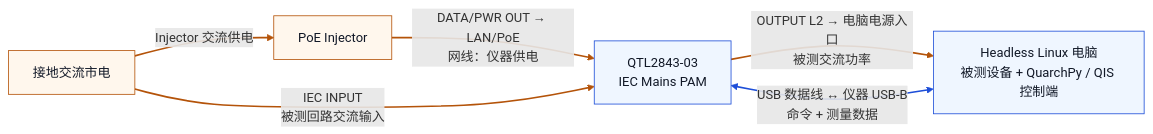
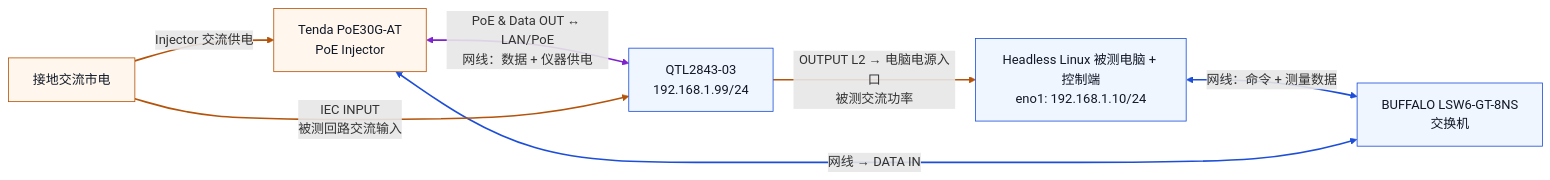
One commit to xueqingfeng07290729-del/Quarch changed the diagram in docs/diagrams/current-wiring.mmd. Above: the diagram before and after it, drawn with Mermaid. The commit also changed 11 other files, not shown here.

Commit message:
docs: document QTL2843 Ethernet setup and recovery alongside USB

```diff
--- a/docs/diagrams/current-wiring.mmd
+++ b/docs/diagrams/current-wiring.mmd
@@ -1,18 +1,21 @@
 flowchart LR
     MAINS["接地交流市电"]
-    INJECTOR["PoE Injector"]
-    PAM["QTL2843-03<br/>IEC Mains PAM"]
-    PC["Headless Linux 电脑<br/>被测设备 + QuarchPy / QIS 控制端"]
+    INJECTOR["Tenda PoE30G-AT<br/>PoE Injector"]
+    SWITCH["BUFFALO LSW6-GT-8NS<br/>交换机"]
+    PAM["QTL2843-03<br/>192.168.1.99/24"]
+    PC["Headless Linux 被测电脑 + 控制端<br/>eno1: 192.168.1.10/24"]
 
     MAINS -->|"Injector 交流供电"| INJECTOR
-    INJECTOR -->|"DATA/PWR OUT → LAN/PoE<br/>网线：仪器供电"| PAM
+    PC <-->|"网线：命令 + 测量数据"| SWITCH
+    SWITCH <-->|"网线 → DATA IN"| INJECTOR
+    INJECTOR <-->|"PoE & Data OUT ↔ LAN/PoE<br/>网线：数据 + 仪器供电"| PAM
     MAINS -->|"IEC INPUT<br/>被测回路交流输入"| PAM
     PAM -->|"OUTPUT L2 → 电脑电源入口<br/>被测交流功率"| PC
-    PC <-->|"USB 数据线 ↔ 仪器 USB-B<br/>命令 + 测量数据"| PAM
 
     classDef power fill:#fff7ed,stroke:#b45309,color:#111827
     classDef equipment fill:#eff6ff,stroke:#1d4ed8,color:#111827
     class MAINS,INJECTOR power
-    class PAM,PC equipment
-    linkStyle 0,1,2,3 stroke:#b45309,stroke-width:2px
-    linkStyle 4 stroke:#1d4ed8,stroke-width:2px
+    class PAM,PC,SWITCH equipment
+    linkStyle 0,4,5 stroke:#b45309,stroke-width:2px
+    linkStyle 1,2 stroke:#1d4ed8,stroke-width:2px
+    linkStyle 3 stroke:#7e22ce,stroke-width:2px
```
